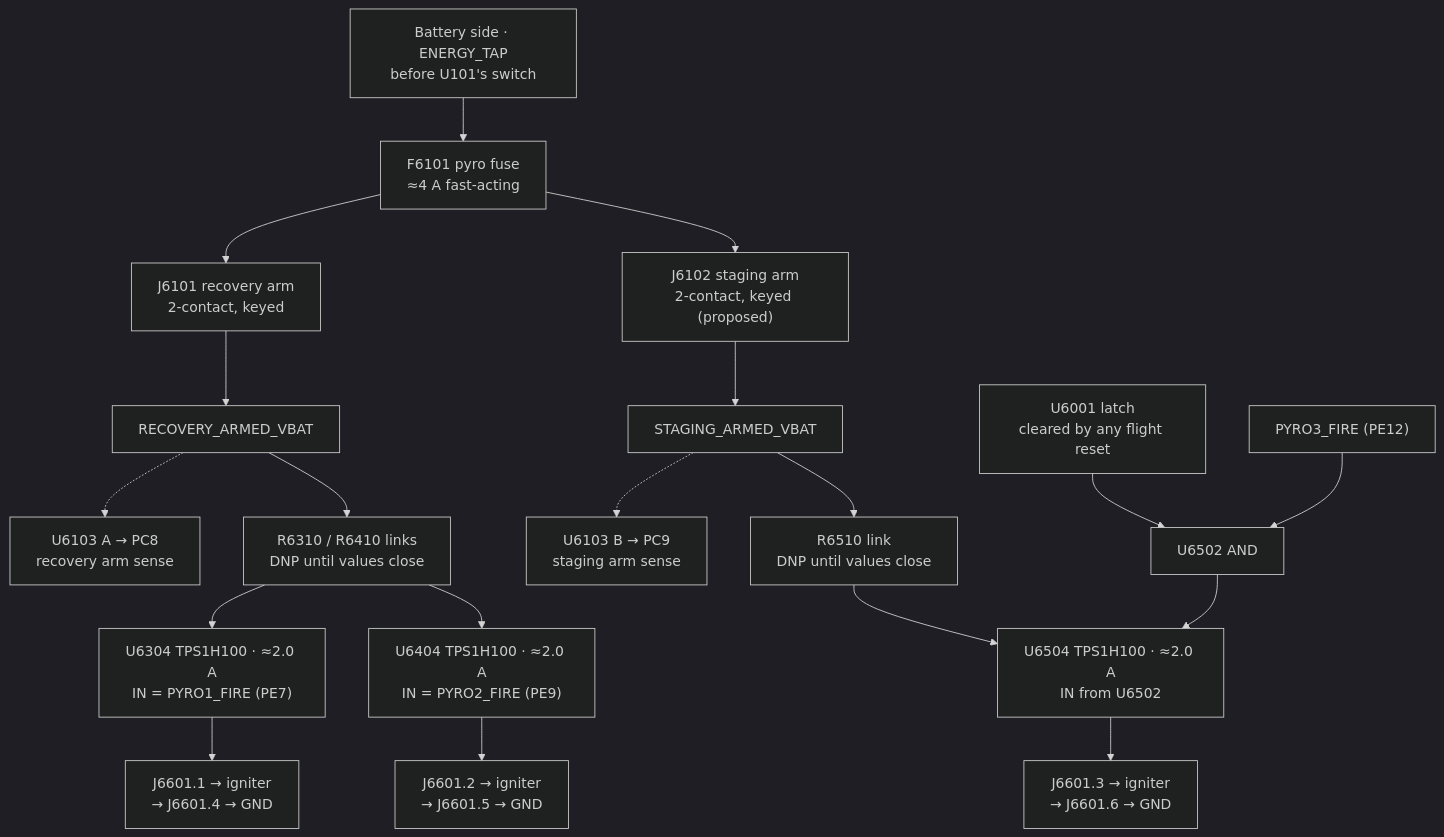
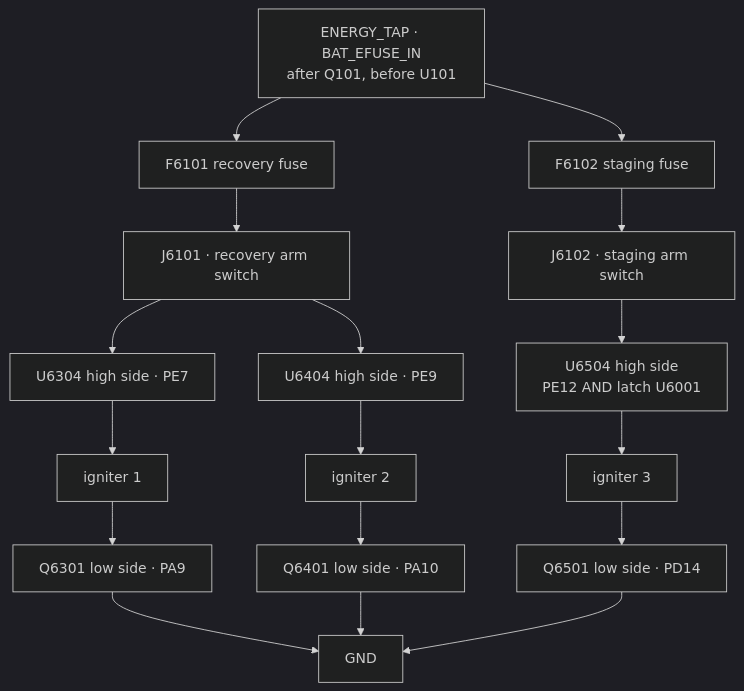
The first of 2 diagrams in docs/architecture/03-energetic-outputs.md (ULAS-HiPR/Ogma2), drawn with Mermaid (dark theme) before and after one commit. The commit also changed other lines of this file and 32 other files, not shown here.

````diff
--- a/docs/architecture/03-energetic-outputs.md
+++ b/docs/architecture/03-energetic-outputs.md
@@ -12,36 +14,18 @@
 ```mermaid
 flowchart TB
-  B["Battery side · ENERGY_TAP
-before U101's switch"] --> F["F6101 pyro fuse
-≈4 A fast-acting"]
-  F --> J["J6101 recovery arm
-2-contact, keyed"]
-  F --> JS["J6102 staging arm
-2-contact, keyed (proposed)"]
-  J --> A["RECOVERY_ARMED_VBAT"]
-  JS --> SA["STAGING_ARMED_VBAT"]
-  A -.-> S["U6103 A → PC8
-recovery arm sense"]
-  SA -.-> SS["U6103 B → PC9
-staging arm sense"]
-  A --> L["R6310 / R6410 links
-DNP until values close"]
-  SA --> L3["R6510 link
-DNP until values close"]
-  L --> H1["U6304 TPS1H100 · ≈2.0 A
-IN = PYRO1_FIRE (PE7)"]
-  L --> H2["U6404 TPS1H100 · ≈2.0 A
-IN = PYRO2_FIRE (PE9)"]
-  L3 --> H3["U6504 TPS1H100 · ≈2.0 A
-IN from U6502"]
-  LT["U6001 latch
-cleared by any flight reset"] --> G["U6502 AND"]
-  P3["PYRO3_FIRE (PE12)"] --> G
-  G --> H3
-  H1 --> O1["J6601.1 → igniter
-→ J6601.4 → GND"]
-  H2 --> O2["J6601.2 → igniter
-→ J6601.5 → GND"]
-  H3 --> O3["J6601.3 → igniter
-→ J6601.6 → GND"]
+  TAP["ENERGY_TAP · BAT_EFUSE_IN
+after Q101, before U101"] --> F1["F6101 recovery fuse"]
+  TAP --> F2["F6102 staging fuse"]
+  F1 --> J1["J6101 · recovery arm switch"]
+  F2 --> J2["J6102 · staging arm switch"]
+  J1 --> H1["U6304 high side · PE7"]
+  J1 --> H2["U6404 high side · PE9"]
+  J2 --> H3["U6504 high side
+PE12 AND latch U6001"]
+  H1 --> I1["igniter 1"] --> L1["Q6301 low side · PA9"]
+  H2 --> I2["igniter 2"] --> L2["Q6401 low side · PA10"]
+  H3 --> I3["igniter 3"] --> L3["Q6501 low side · PD14"]
+  L1 --> G["GND"]
+  L2 --> G
+  L3 --> G
 ```
````
